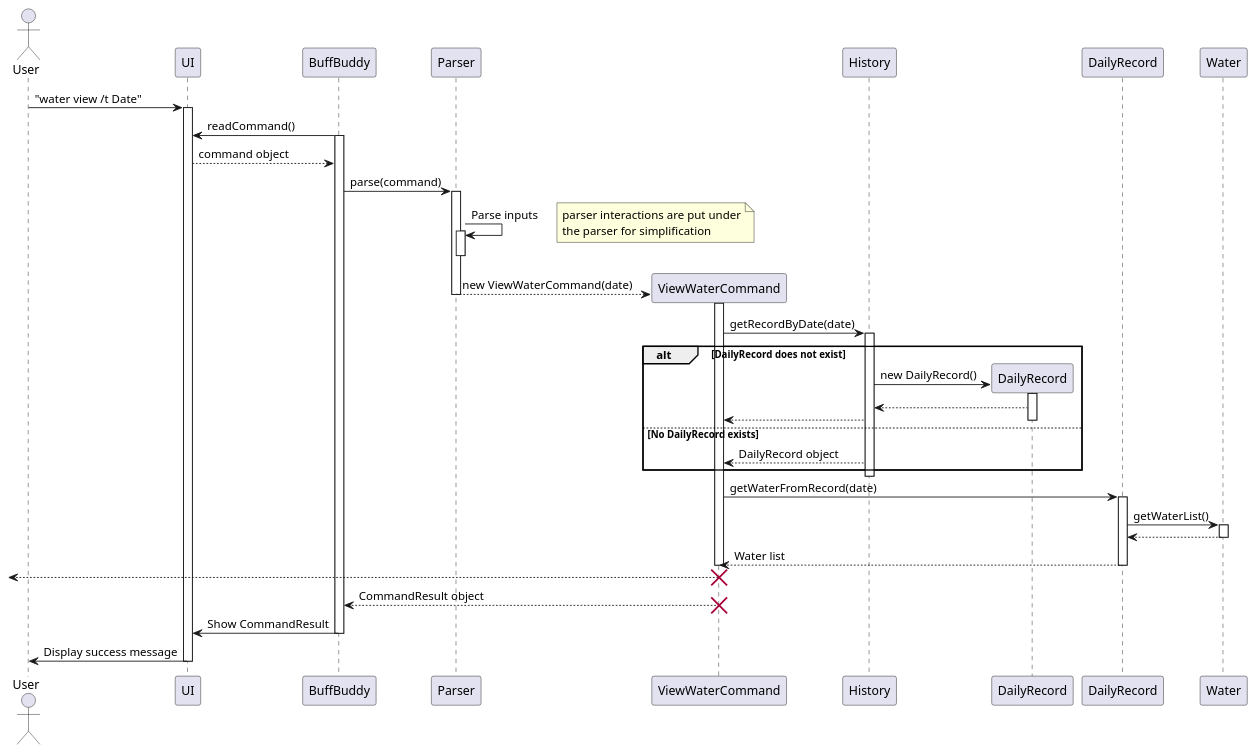
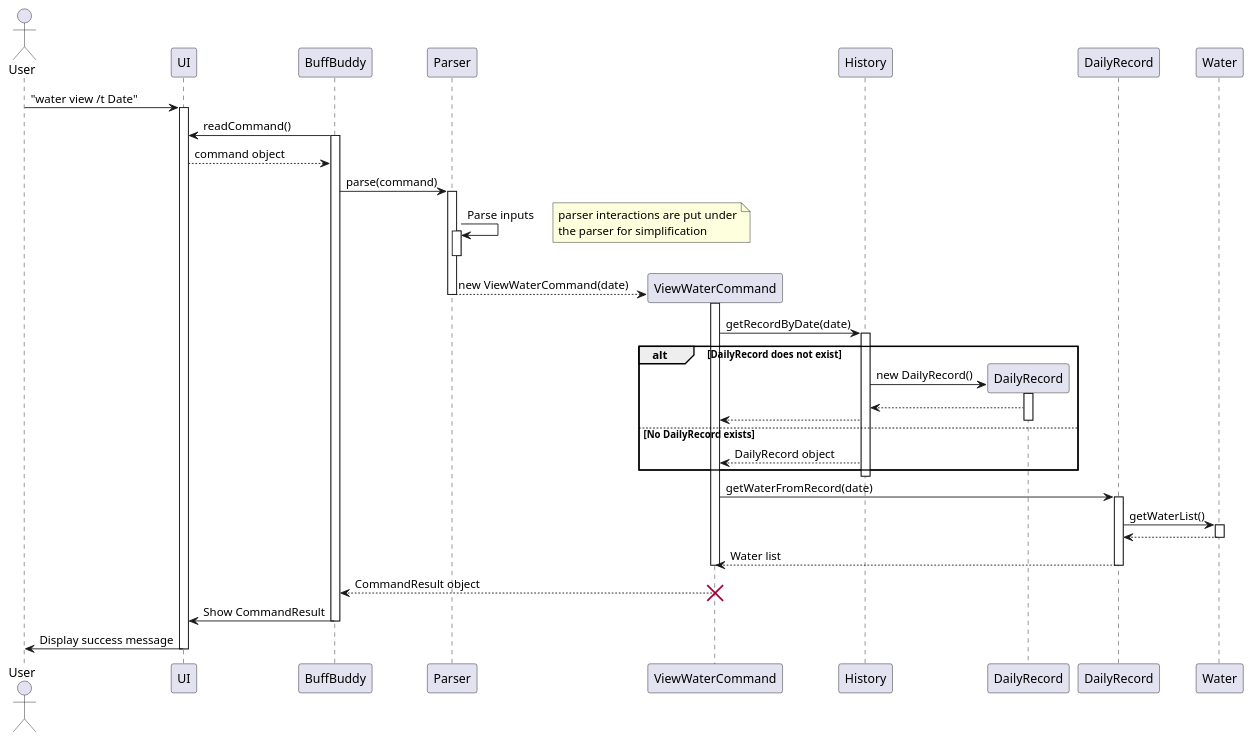
Before and after one commit to nus-cs2113-AY2425S1/tp: the diagram in docs/diagrams/viewWaterSequenceDiagram.puml, drawn with PlantUML.

```diff
--- a/docs/diagrams/viewWaterSequenceDiagram.puml
+++ b/docs/diagrams/viewWaterSequenceDiagram.puml
@@ -1,72 +1,71 @@
 @startuml
 
 actor User
 participant "UI" as UI
 participant "BuffBuddy" as BB
 participant "Parser" as Parser
 participant "ViewWaterCommand" as Cmd
 participant "History" as History
 participant "DailyRecord" as DailyRec
 
 User -> UI: "water view /t Date"
 activate UI
 BB -> UI: readCommand()
 activate BB
 UI --> BB: command object
 BB -> Parser: parse(command)
 activate Parser
 Parser -> Parser : Parse inputs
 note right
 parser interactions are put under
 the parser for simplification
 end note
 activate Parser
 deactivate Parser
 create Cmd
 Parser --> Cmd: new ViewWaterCommand(date)
 deactivate Parser
 
 activate Cmd
 
 Cmd -> History: getRecordByDate(date)
 activate History
 
 alt DailyRecord does not exist
   create DailyRec
   History -> DailyRec: new DailyRecord()
   activate DailyRec
   DailyRec --> History
   History --> Cmd
   deactivate DailyRec
 else No DailyRecord exists
   History --> Cmd: DailyRecord object
 end
 deactivate History
 
 activate Cmd
 Cmd -> DailyRecord: getWaterFromRecord(date)
 activate DailyRecord
 
 DailyRecord -> Water: getWaterList()
 activate Water
 Water --> DailyRecord
 deactivate Water
 
 DailyRecord --> Cmd: Water list
 deactivate DailyRecord
 
 deactivate Cmd
-<-- Cmd :
-destroy Cmd
+
 
 Cmd --> BB: CommandResult object
 deactivate Cmd
 destroy Cmd
 
 BB -> UI: Show CommandResult
 deactivate BB
 
 UI -> User: Display success message
 deactivate UI
 
 @enduml
```
